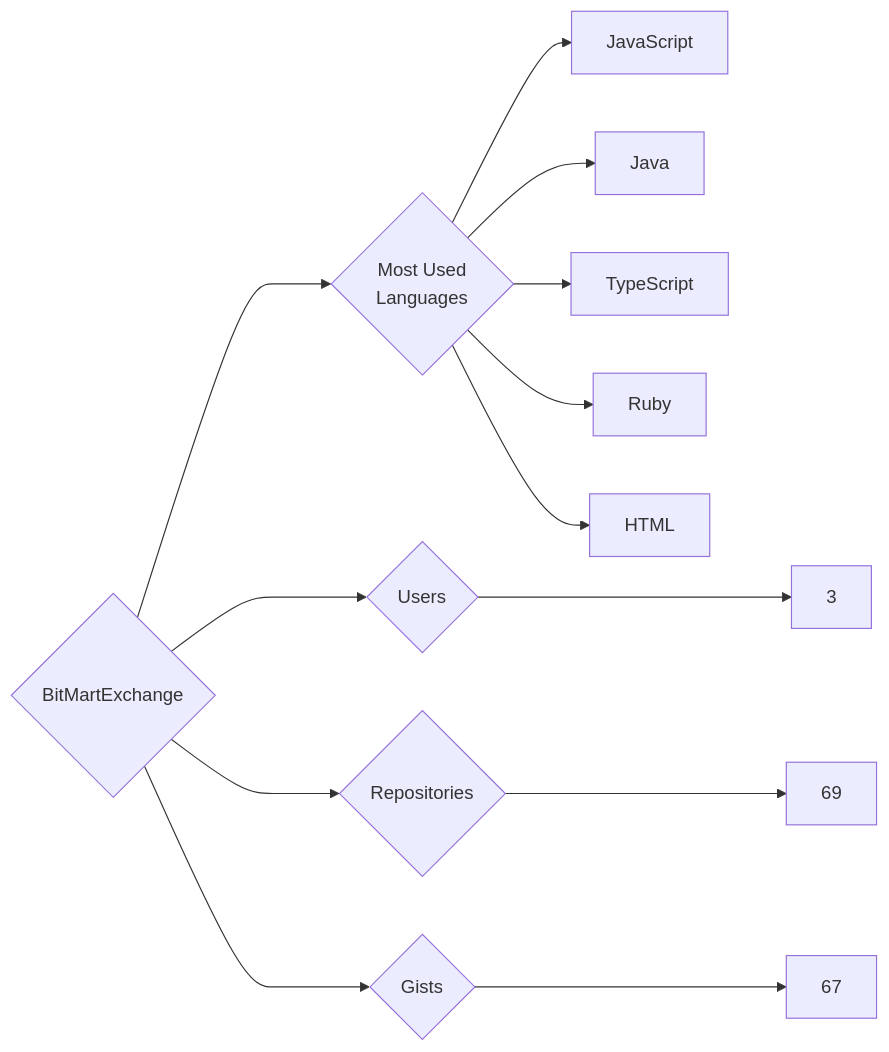
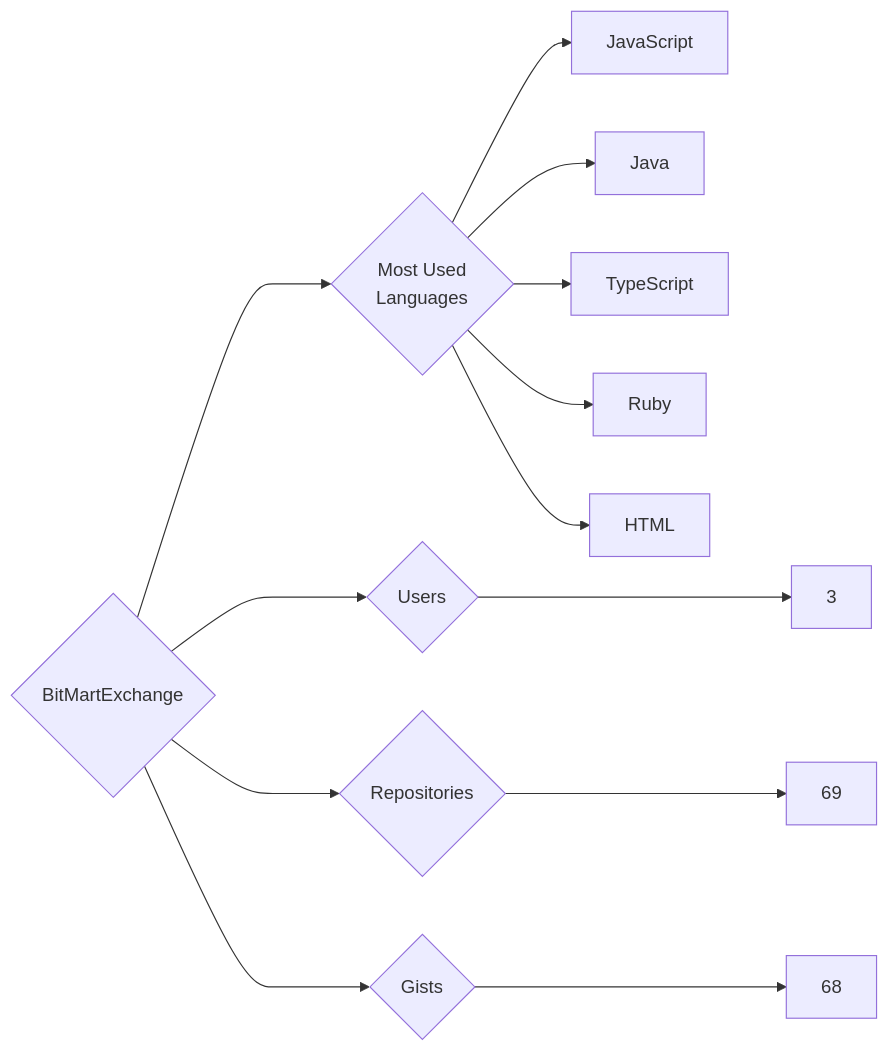
Before and after one commit to trickest/insiders: the diagram in targets/BitMartExchange/README.md, drawn with Mermaid. The commit also changed 840 other files, not shown here.

````diff
--- a/targets/BitMartExchange/README.md
+++ b/targets/BitMartExchange/README.md
@@ -3,13 +3,13 @@
 ```mermaid
 graph LR
 COMPANY_NAME{BitMartExchange}
 COMPANY_NAME ---> U{Users} ---> UN[3]
 COMPANY_NAME ---> R{Repositories} ---> RN[69]
-COMPANY_NAME ---> G{Gists} ---> GN[67]
+COMPANY_NAME ---> G{Gists} ---> GN[68]
 COMPANY_NAME ---> ML{Most Used<br>Languages}
 ML --> JavaScript[JavaScript]
 ML --> Java[Java]
 ML --> TypeScript[TypeScript]
 ML --> Ruby[Ruby]
 ML --> HTML[HTML]
 ```
````
